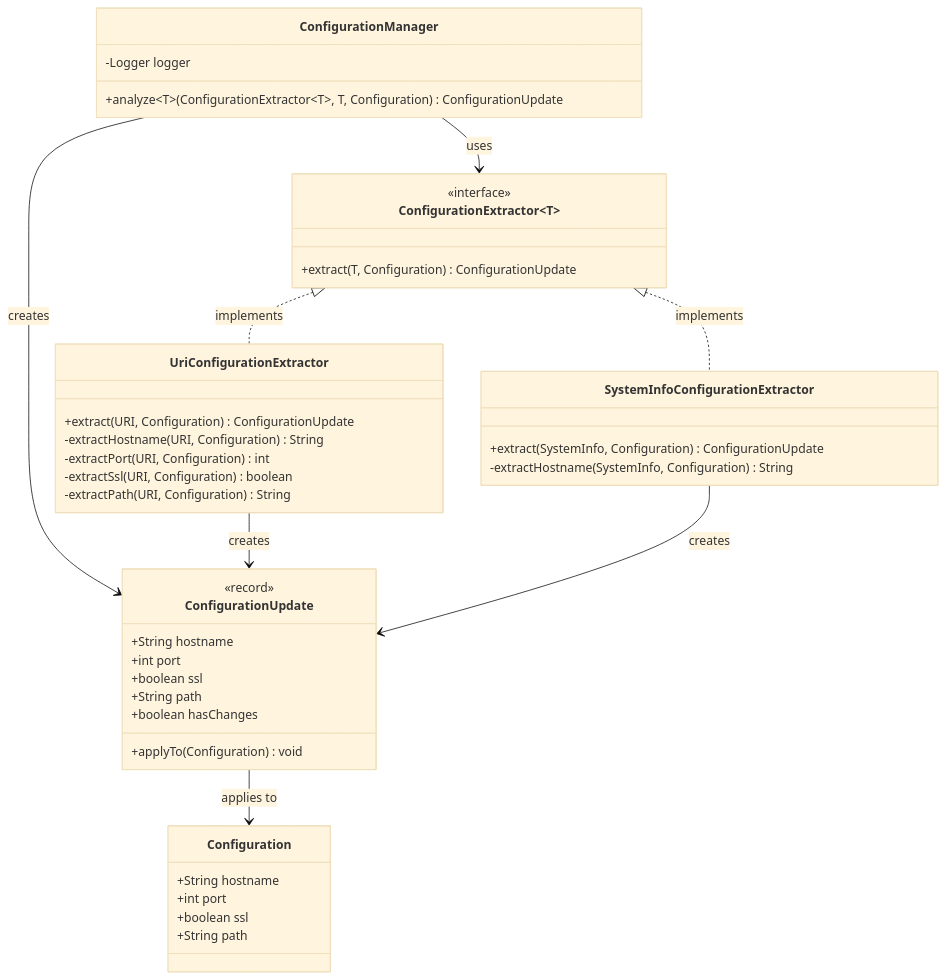
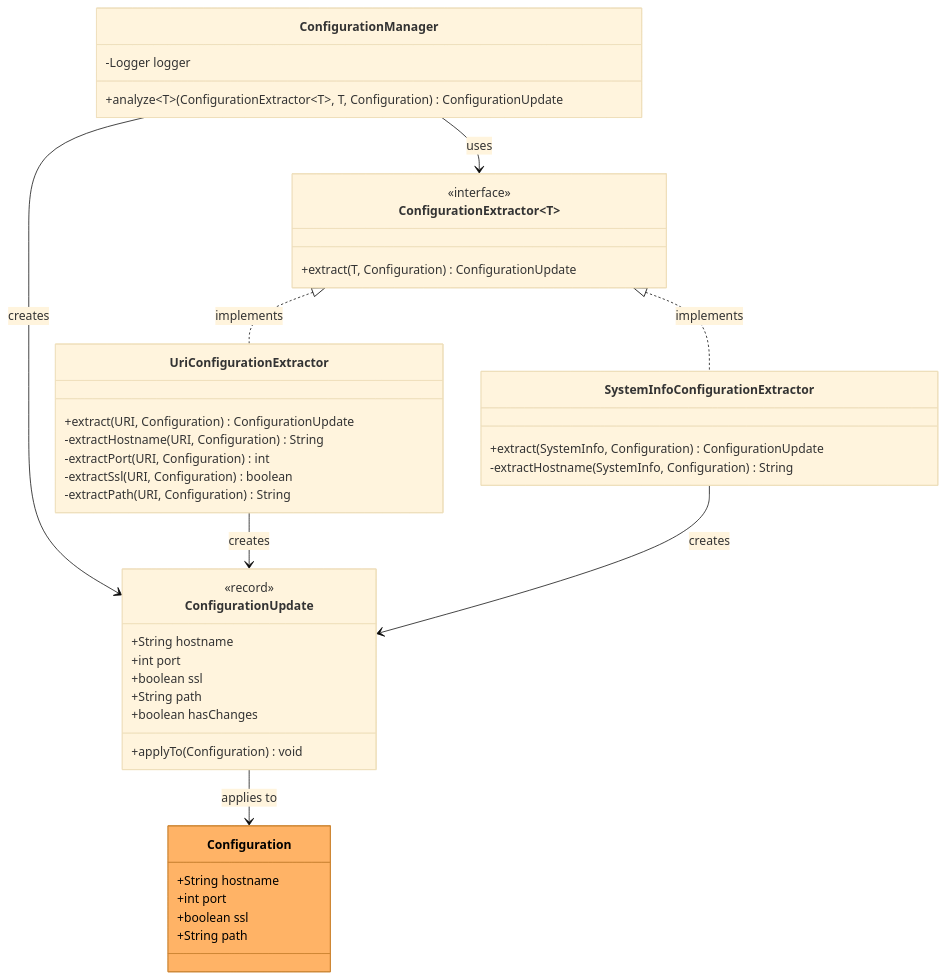
The diagram in bundles/org.openhab.binding.jellyfin/docs/architecture/configuration-management.md (openhab/openhab-addons), drawn with Mermaid (base theme) before and after one commit. The commit also changed 5 other files, not shown here.

````diff
--- a/bundles/org.openhab.binding.jellyfin/docs/architecture/configuration-management.md
+++ b/bundles/org.openhab.binding.jellyfin/docs/architecture/configuration-management.md
@@ -33,59 +33,58 @@
 ```mermaid
 classDiagram
     %% Main manager and strategy interface
     class ConfigurationManager {
         -Logger logger
         +analyze~T~(ConfigurationExtractor~T~, T, Configuration) ConfigurationUpdate
     }
 
     class ConfigurationExtractor~T~ {
         <<interface>>
         +extract(T, Configuration) ConfigurationUpdate
     }
 
     %% Concrete strategy implementations
     class UriConfigurationExtractor {
         +extract(URI, Configuration) ConfigurationUpdate
         -extractHostname(URI, Configuration) String
         -extractPort(URI, Configuration) int
         -extractSsl(URI, Configuration) boolean
         -extractPath(URI, Configuration) String
     }
 
     class SystemInfoConfigurationExtractor {
         +extract(SystemInfo, Configuration) ConfigurationUpdate
         -extractHostname(SystemInfo, Configuration) String
     }
 
     %% Immutable result record
     class ConfigurationUpdate {
         <<record>>
         +String hostname
         +int port
         +boolean ssl
         +String path
         +boolean hasChanges
         +applyTo(Configuration) void
     }
 
     %% Configuration class
     class Configuration {
         +String hostname
         +int port
         +boolean ssl
         +String path
     }
 
     %% Relationships
     ConfigurationManager --> ConfigurationExtractor : uses
     ConfigurationManager --> ConfigurationUpdate : creates
     ConfigurationExtractor <|.. UriConfigurationExtractor : implements
     ConfigurationExtractor <|.. SystemInfoConfigurationExtractor : implements
     UriConfigurationExtractor --> ConfigurationUpdate : creates
     SystemInfoConfigurationExtractor --> ConfigurationUpdate : creates
     ConfigurationUpdate --> Configuration : applies to
 
     %% Color scheme for external libraries
-    classDef openhabCore fill:#ffb366,stroke:#cc8533,color:#000
-    cssClass "Configuration" openhabCore
+    style Configuration fill:#ffb366,stroke:#cc8533,color:#000
 ```
````
